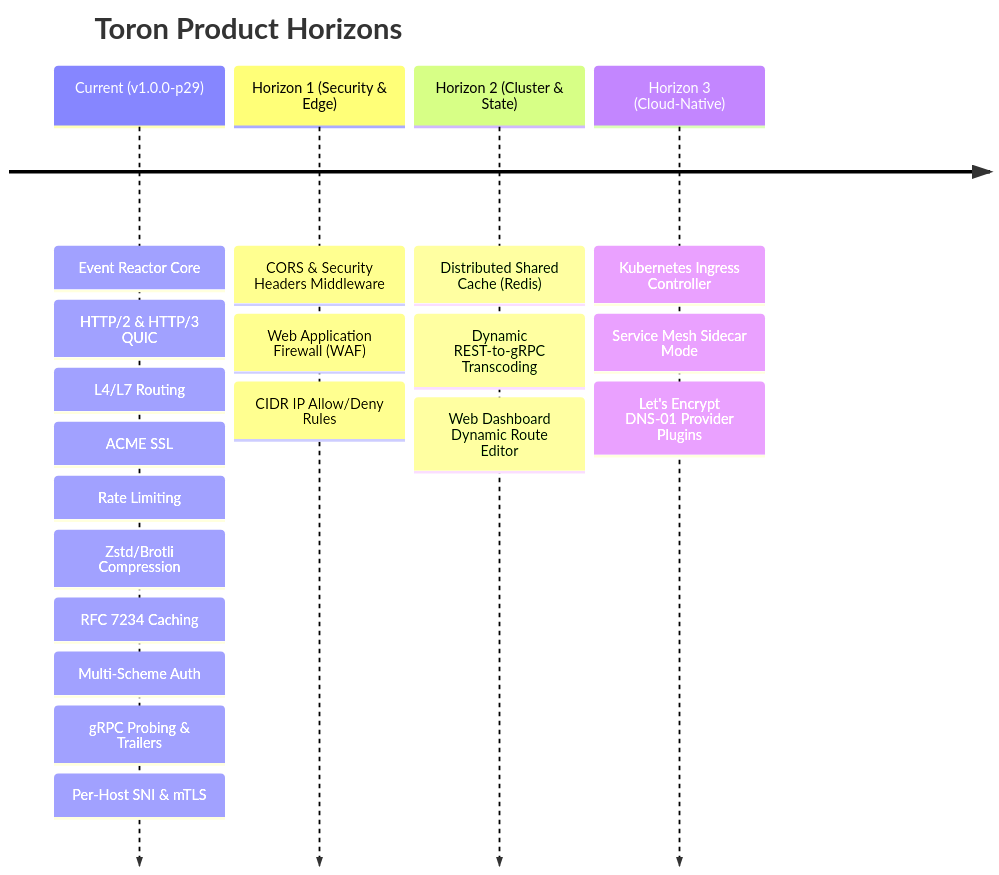
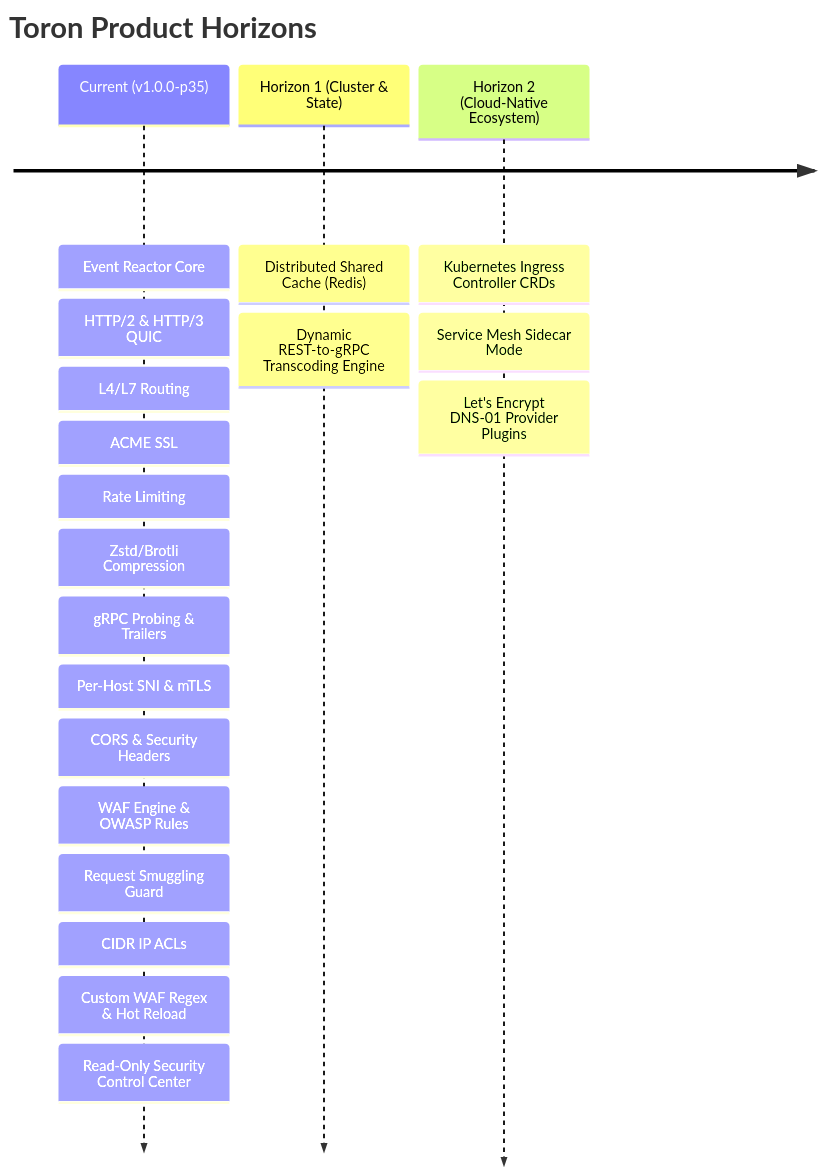
One commit to SayantanSaha/toron changed the second of 2 diagrams in PRODUCT_REVIEW.md. Above: the diagram before and after it, drawn with Mermaid. The commit also changed other lines of this file, not shown here.

Commit message:
docs(po): update product review for Prototype 35 and document read-only UI security architecture

````diff
--- a/PRODUCT_REVIEW.md
+++ b/PRODUCT_REVIEW.md
@@ -124,8 +129,7 @@
 ```mermaid
 timeline
     title Toron Product Horizons
-    Current (v1.0.0-p29) : Event Reactor Core : HTTP/2 & HTTP/3 QUIC : L4/L7 Routing : ACME SSL : Rate Limiting : Zstd/Brotli Compression : RFC 7234 Caching : Multi-Scheme Auth : gRPC Probing & Trailers : Per-Host SNI & mTLS
-    Horizon 1 (Security & Edge) : CORS & Security Headers Middleware : Web Application Firewall (WAF) : CIDR IP Allow/Deny Rules
-    Horizon 2 (Cluster & State) : Distributed Shared Cache (Redis) : Dynamic REST-to-gRPC Transcoding : Web Dashboard Dynamic Route Editor
-    Horizon 3 (Cloud-Native) : Kubernetes Ingress Controller : Service Mesh Sidecar Mode : Let's Encrypt DNS-01 Provider Plugins
+    Current (v1.0.0-p35) : Event Reactor Core : HTTP/2 & HTTP/3 QUIC : L4/L7 Routing : ACME SSL : Rate Limiting : Zstd/Brotli Compression : gRPC Probing & Trailers : Per-Host SNI & mTLS : CORS & Security Headers : WAF Engine & OWASP Rules : Request Smuggling Guard : CIDR IP ACLs : Custom WAF Regex & Hot Reload : Read-Only Security Control Center
+    Horizon 1 (Cluster & State) : Distributed Shared Cache (Redis) : Dynamic REST-to-gRPC Transcoding Engine
+    Horizon 2 (Cloud-Native Ecosystem) : Kubernetes Ingress Controller CRDs : Service Mesh Sidecar Mode : Let's Encrypt DNS-01 Provider Plugins
 ```
````
